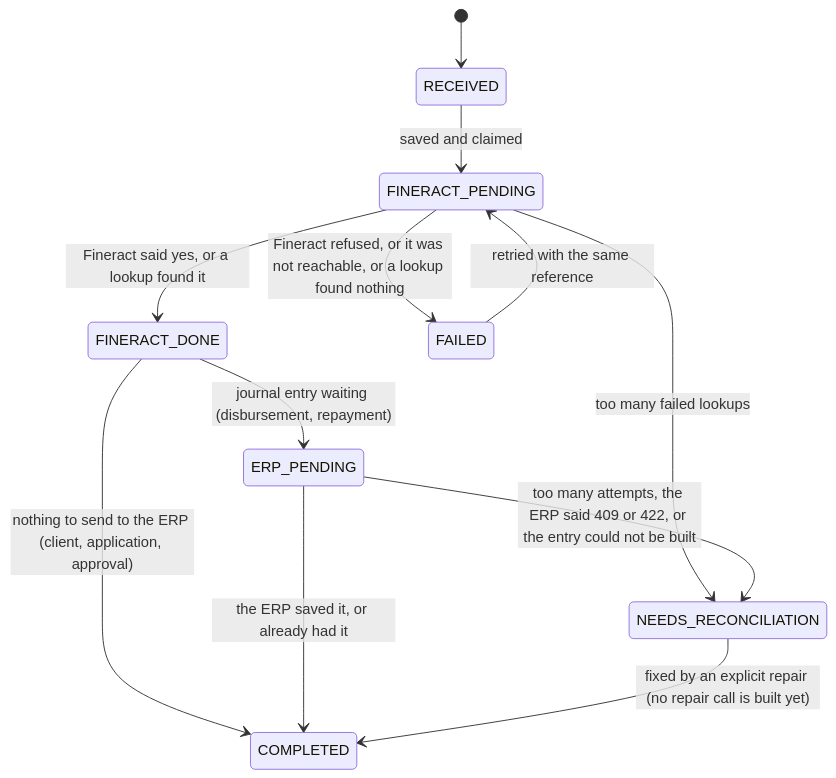
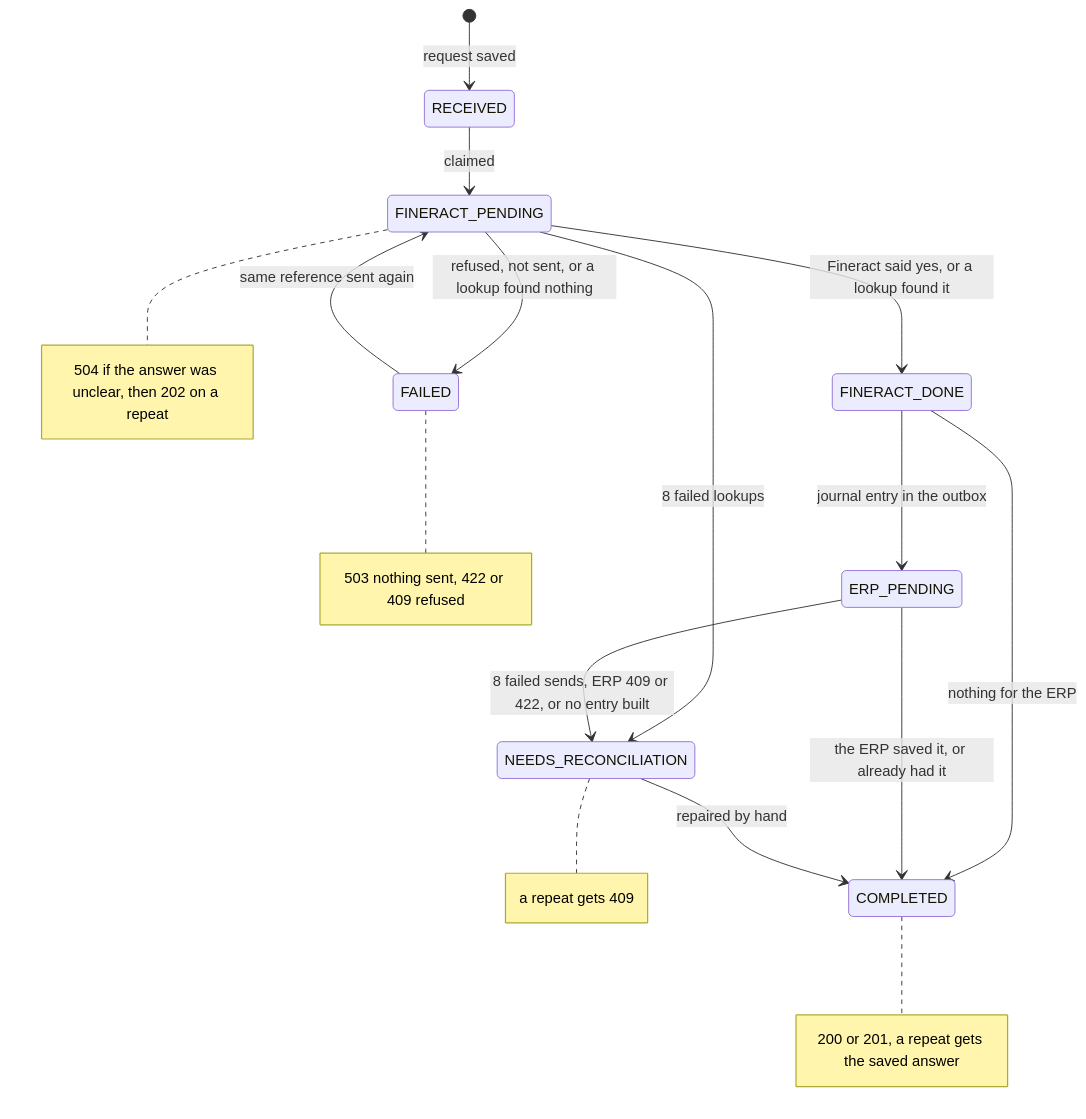
One commit to wmnjuguna/Inkomoko-Interview changed the fifth of 7 diagrams in ARCHITECTURE.md. Above: the diagram before and after it, drawn with Mermaid. The commit also changed other lines of this file, not shown here.

Commit message:
docs: rewrite ARCHITECTURE

````diff
--- a/ARCHITECTURE.md
+++ b/ARCHITECTURE.md
@@ -323,14 +146,18 @@
 ```mermaid
 stateDiagram-v2
-  [*] --> RECEIVED
-  RECEIVED --> FINERACT_PENDING: saved and claimed
+  [*] --> RECEIVED: request saved
+  RECEIVED --> FINERACT_PENDING: claimed
   FINERACT_PENDING --> FINERACT_DONE: Fineract said yes, or a lookup found it
-  FINERACT_PENDING --> FAILED: Fineract refused, or it was not reachable, or a lookup found nothing
-  FAILED --> FINERACT_PENDING: retried with the same reference
-  FINERACT_DONE --> ERP_PENDING: journal entry waiting (disbursement, repayment)
-  FINERACT_DONE --> COMPLETED: nothing to send to the ERP (client, application, approval)
+  FINERACT_PENDING --> FAILED: refused, not sent, or a lookup found nothing
+  FINERACT_PENDING --> NEEDS_RECONCILIATION: 8 failed lookups
+  FAILED --> FINERACT_PENDING: same reference sent again
+  FINERACT_DONE --> ERP_PENDING: journal entry in the outbox
+  FINERACT_DONE --> COMPLETED: nothing for the ERP
   ERP_PENDING --> COMPLETED: the ERP saved it, or already had it
-  FINERACT_PENDING --> NEEDS_RECONCILIATION: too many failed lookups
-  ERP_PENDING --> NEEDS_RECONCILIATION: too many attempts, the ERP said 409 or 422, or the entry could not be built
-  NEEDS_RECONCILIATION --> COMPLETED: fixed by an explicit repair (no repair call is built yet)
+  ERP_PENDING --> NEEDS_RECONCILIATION: 8 failed sends, ERP 409 or 422, or no entry built
+  NEEDS_RECONCILIATION --> COMPLETED: repaired by hand
+  note right of FINERACT_PENDING: 504 if the answer was unclear, then 202 on a repeat
+  note right of FAILED: 503 nothing sent, 422 or 409 refused
+  note right of COMPLETED: 200 or 201, a repeat gets the saved answer
+  note right of NEEDS_RECONCILIATION: a repeat gets 409
 ```
````
